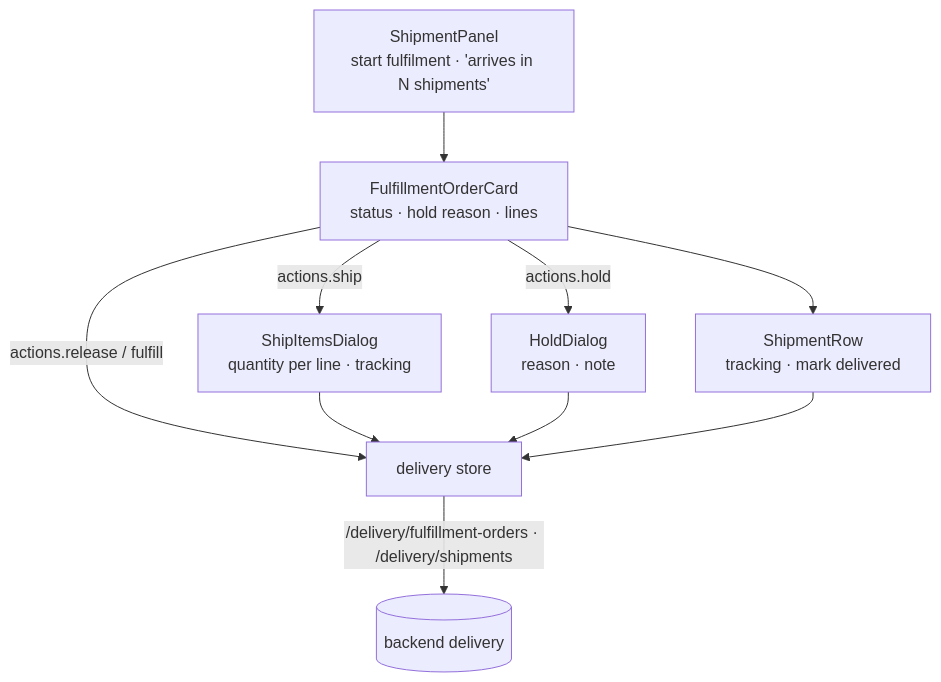
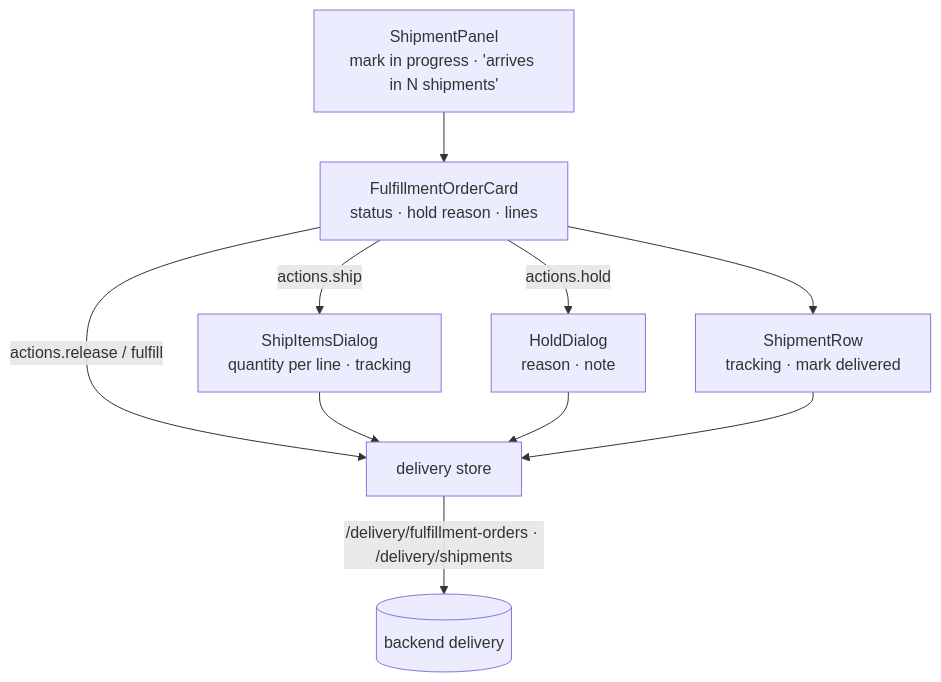
Before and after one commit to Guebbit/boilerplate-vue-frontend: the second of 2 diagrams in docs/modules/delivery.md, drawn with Mermaid. The commit also changed other lines of this file and 14 other files, not shown here.

````diff
--- a/docs/modules/delivery.md
+++ b/docs/modules/delivery.md
@@ -78,12 +78,12 @@
 ```mermaid
 flowchart TD
-    panel["ShipmentPanel<br/>start fulfilment · 'arrives in N shipments'"] --> card["FulfillmentOrderCard<br/>status · hold reason · lines"]
+    panel["ShipmentPanel<br/>mark in progress · 'arrives in N shipments'"] --> card["FulfillmentOrderCard<br/>status · hold reason · lines"]
     card --> row["ShipmentRow<br/>tracking · mark delivered"]
     card -- "actions.ship" --> ship["ShipItemsDialog<br/>quantity per line · tracking"]
     card -- "actions.hold" --> hold["HoldDialog<br/>reason · note"]
     card -- "actions.release / fulfill" --> store
     ship --> store["delivery store"]
     hold --> store
     row --> store
     store -->|"/delivery/fulfillment-orders · /delivery/shipments"| api[("backend delivery")]
 ```
````
